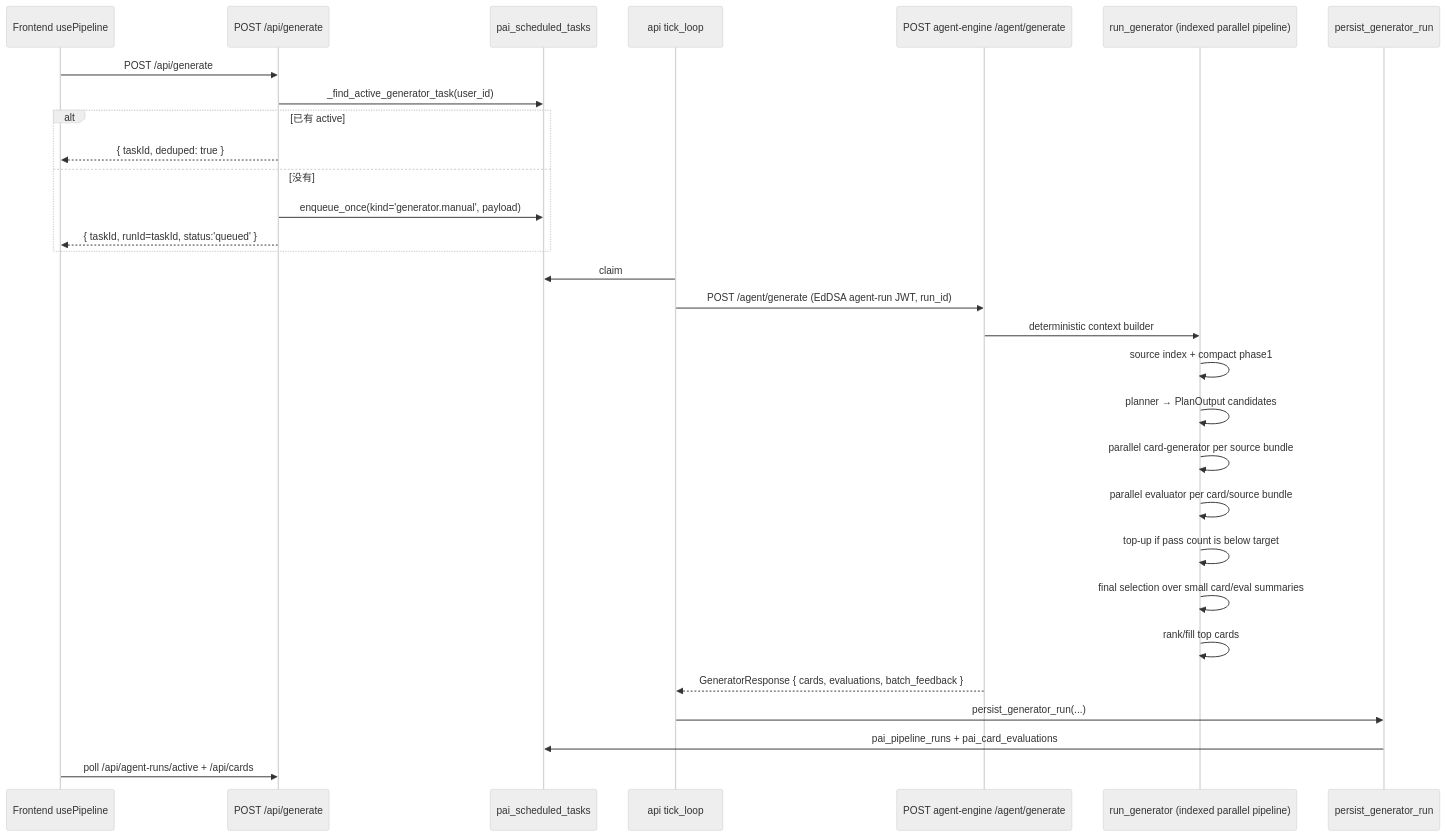
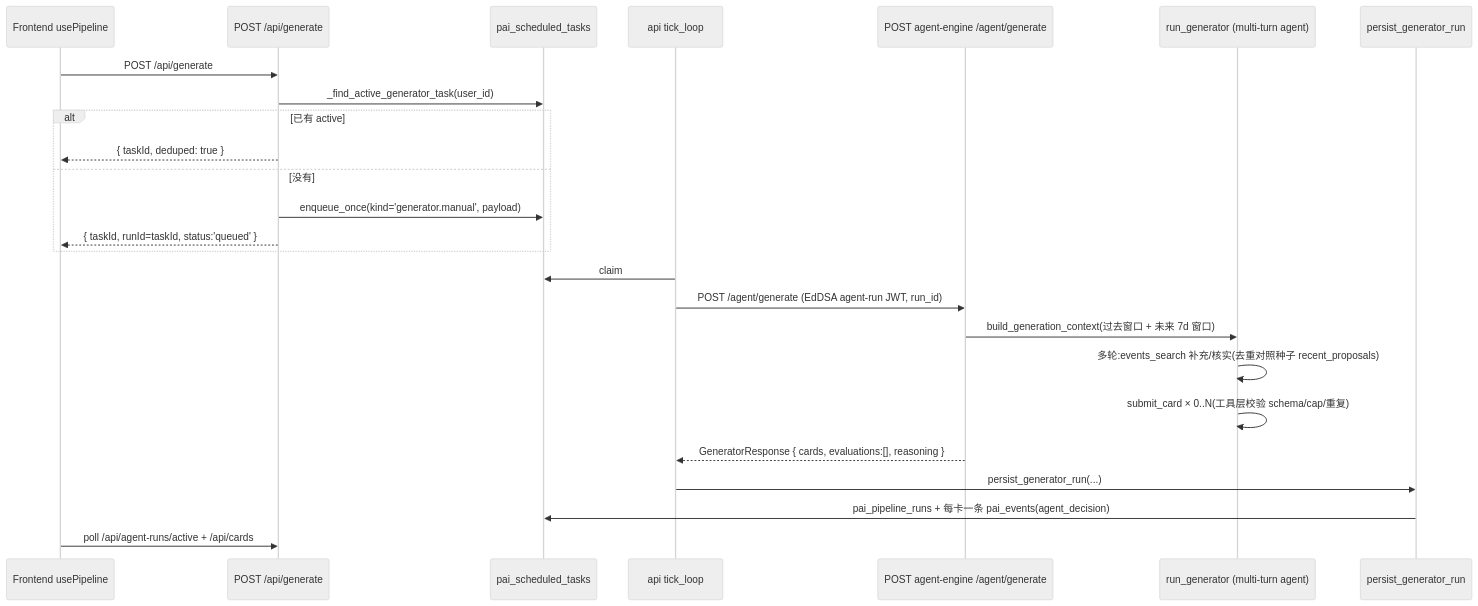
One commit to Edge-AI-HQ/proactive-assistant changed the second of 2 diagrams in docs/modules/generation.mdx. Above: the diagram before and after it, drawn with Mermaid (neutral theme). The commit also changed other lines of this file and 326 other files, not shown here.

First line of the commit message:
refactor(memory): lifelong-memory three-layer refactor + legacy architecture sunset (#215)

````diff
--- a/docs/modules/generation.mdx
+++ b/docs/modules/generation.mdx
@@ -52,33 +51,28 @@
 ```mermaid
 sequenceDiagram
   participant FE as Frontend usePipeline
   participant Web as POST /api/generate
   participant DB as pai_scheduled_tasks
   participant Sched as api tick_loop
   participant Chat as POST agent-engine /agent/generate
-  participant Agent as run_generator (indexed parallel pipeline)
+  participant Agent as run_generator (multi-turn agent)
   participant Save as persist_generator_run
 
   FE->>Web: POST /api/generate
   Web->>DB: _find_active_generator_task(user_id)
   alt 已有 active
     Web-->>FE: { taskId, deduped: true }
   else 没有
     Web->>DB: enqueue_once(kind='generator.manual', payload)
     Web-->>FE: { taskId, runId=taskId, status:'queued' }
   end
   Sched->>DB: claim
   Sched->>Chat: POST /agent/generate (EdDSA agent-run JWT, run_id)
-  Chat->>Agent: deterministic context builder
-  Agent->>Agent: source index + compact phase1
-  Agent->>Agent: planner → PlanOutput candidates
-  Agent->>Agent: parallel card-generator per source bundle
-  Agent->>Agent: parallel evaluator per card/source bundle
-  Agent->>Agent: top-up if pass count is below target
-  Agent->>Agent: final selection over small card/eval summaries
-  Agent->>Agent: rank/fill top cards
-  Chat-->>Sched: GeneratorResponse { cards, evaluations, batch_feedback }
+  Chat->>Agent: build_generation_context(过去窗口 + 未来 7d 窗口)
+  Agent->>Agent: 多轮:events_search 补充/核实(去重对照种子 recent_proposals)
+  Agent->>Agent: submit_card × 0..N(工具层校验 schema/cap/重复)
+  Chat-->>Sched: GeneratorResponse { cards, evaluations:[], reasoning }
   Sched->>Save: persist_generator_run(...)
-  Save->>DB: pai_pipeline_runs + pai_card_evaluations
+  Save->>DB: pai_pipeline_runs + 每卡一条 pai_events(agent_decision)
   FE->>Web: poll /api/agent-runs/active + /api/cards
 ```
````
